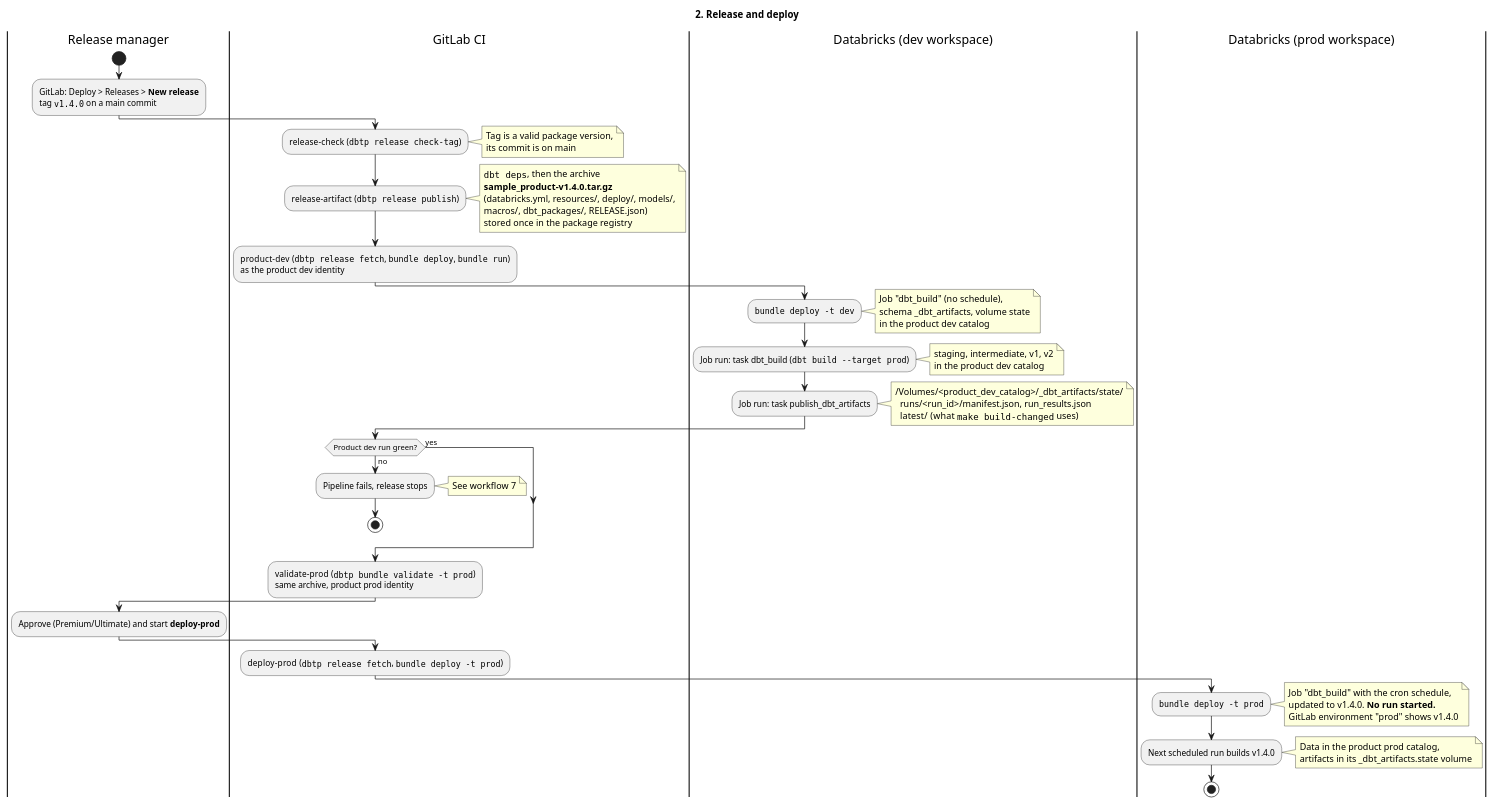
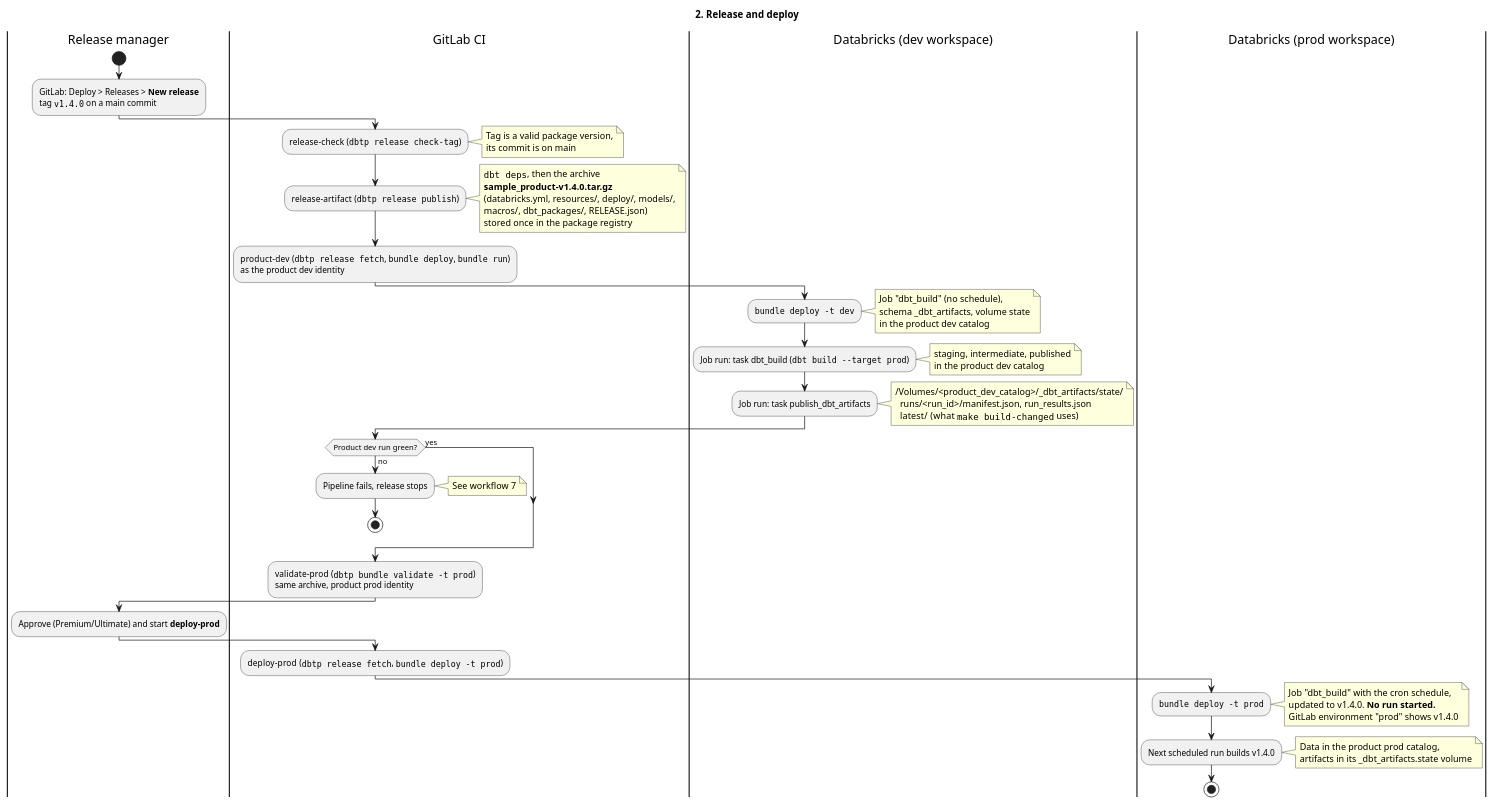
The diagram in docs/diagrams/workflow-2-release.puml (PeterHenell/dbt-databricks-template), drawn with PlantUML before and after one commit. The commit also changed 26 other files, not shown here.

```diff
--- a/docs/diagrams/workflow-2-release.puml
+++ b/docs/diagrams/workflow-2-release.puml
@@ -1,68 +1,68 @@
 @startuml workflow-2-release
 title 2. Release and deploy
 
 |Release manager|
 start
 :GitLab: Deploy > Releases > **New release**
 tag ""v1.4.0"" on a main commit;
 |GitLab CI|
 :release-check  (""dbtp release check-tag"");
 note right
   Tag is a valid package version,
   its commit is on main
 end note
 :release-artifact  (""dbtp release publish"");
 note right
   ""dbt deps"", then the archive
   **sample_product-v1.4.0.tar.gz**
   (databricks.yml, resources/, deploy/, models/,
   macros/, dbt_packages/, RELEASE.json)
   stored once in the package registry
 end note
 :product-dev  (""dbtp release fetch"", ""bundle deploy"", ""bundle run"")
 as the product dev identity;
 |Databricks (dev workspace)|
 :""bundle deploy -t dev"";
 note right
   Job "dbt_build" (no schedule),
   schema _dbt_artifacts, volume state
   in the product dev catalog
 end note
 :Job run: task dbt_build (""dbt build ~--target prod"");
 note right
-  staging, intermediate, v1, v2
+  staging, intermediate, published
   in the product dev catalog
 end note
 :Job run: task publish_dbt_artifacts;
 note right
   /Volumes/<product_dev_catalog>/_dbt_artifacts/state/
     runs/<run_id>/manifest.json, run_results.json
     latest/  (what ""make build-changed"" uses)
 end note
 |GitLab CI|
 if (Product dev run green?) then (no)
   :Pipeline fails, release stops;
   note right: See workflow 7
   stop
 else (yes)
 endif
 :validate-prod  (""dbtp bundle validate -t prod"")
 same archive, product prod identity;
 |Release manager|
 :Approve (Premium/Ultimate) and start **deploy-prod**;
 |GitLab CI|
 :deploy-prod  (""dbtp release fetch"", ""bundle deploy -t prod"");
 |Databricks (prod workspace)|
 :""bundle deploy -t prod"";
 note right
   Job "dbt_build" with the cron schedule,
   updated to v1.4.0. **No run started.**
   GitLab environment "prod" shows v1.4.0
 end note
 :Next scheduled run builds v1.4.0;
 note right
   Data in the product prod catalog,
   artifacts in its _dbt_artifacts.state volume
 end note
 stop
 @enduml
```
